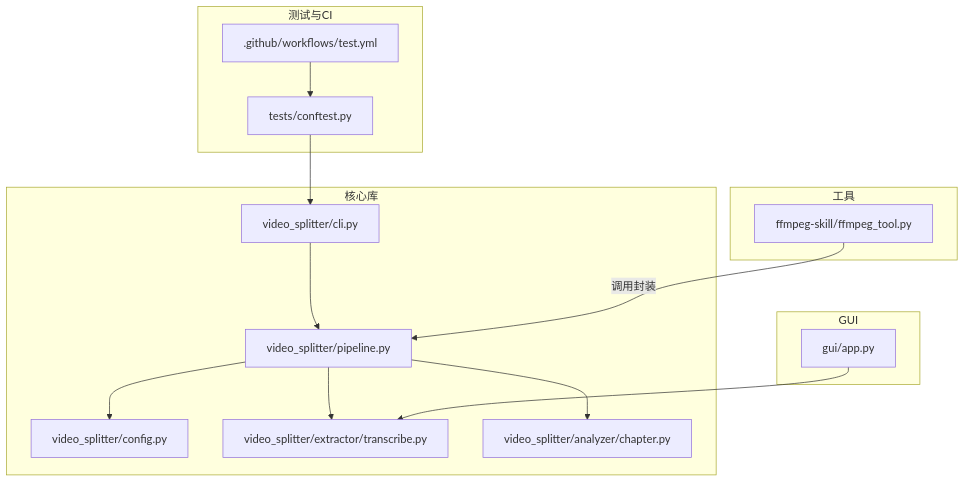
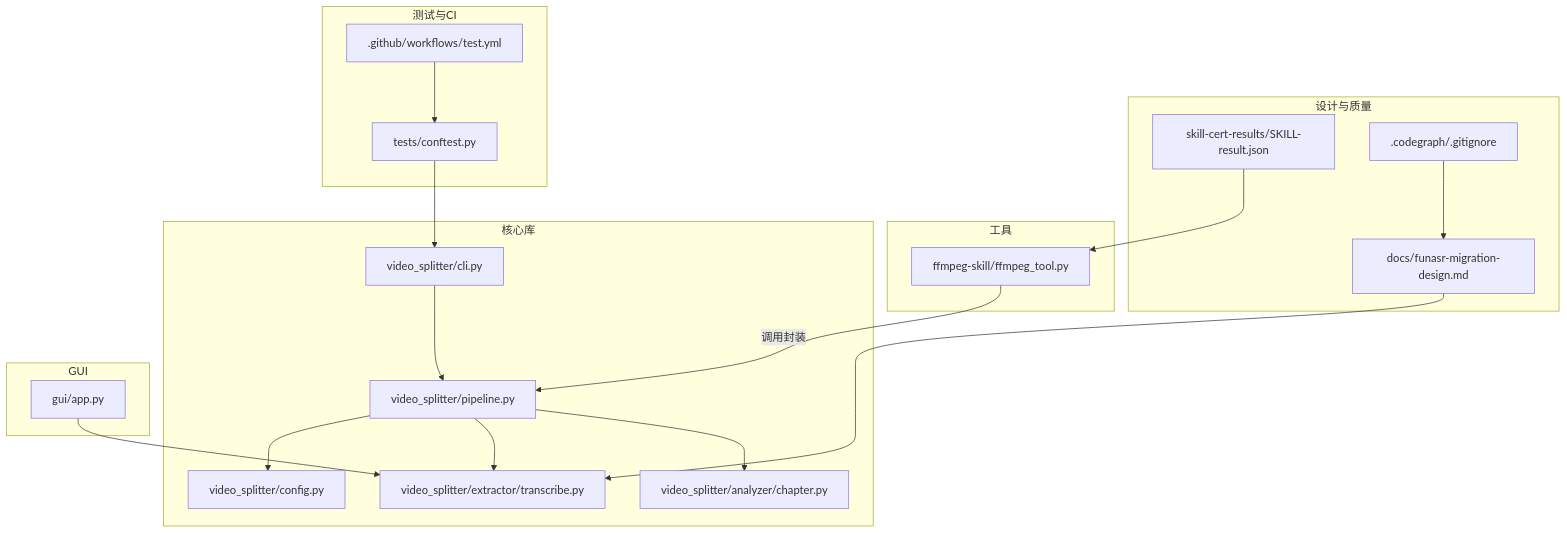
The first of 7 diagrams in .qoder/repowiki/zh/content/开发指南.md (boyingliu01/VideoSplitter), drawn with Mermaid before and after one commit. The commit also changed other lines of this file and 59 other files, not shown here.

````diff
--- a/.qoder/repowiki/zh/content/开发指南.md
+++ b/.qoder/repowiki/zh/content/开发指南.md
@@ -51,28 +70,36 @@
 ```mermaid
 graph TB
 subgraph "核心库"
 A["video_splitter/cli.py"]
 B["video_splitter/pipeline.py"]
 C["video_splitter/config.py"]
 D["video_splitter/extractor/transcribe.py"]
 E["video_splitter/analyzer/chapter.py"]
 end
 subgraph "GUI"
 F["gui/app.py"]
 end
 subgraph "工具"
 G["ffmpeg-skill/ffmpeg_tool.py"]
 end
+subgraph "设计与质量"
+H["docs/funasr-migration-design.md"]
+I["skill-cert-results/SKILL-result.json"]
+J[".codegraph/.gitignore"]
+end
 subgraph "测试与CI"
-H["tests/conftest.py"]
-I[".github/workflows/test.yml"]
+K["tests/conftest.py"]
+L[".github/workflows/test.yml"]
 end
 A --> B
 B --> C
 B --> D
 B --> E
 F --> D
 G --> |"调用封装"| B
-H --> A
-I --> H
+H --> D
+I --> G
+J --> H
+K --> A
+L --> K
 ```
````
